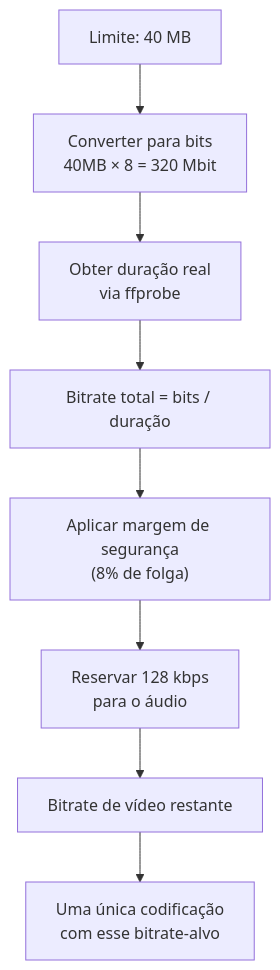
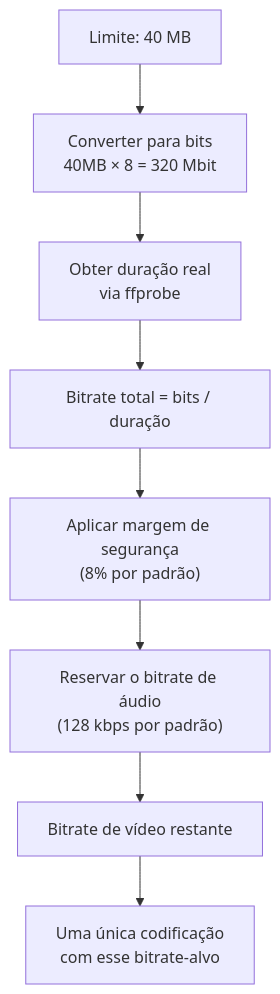
Before and after one commit to EduardoLopes085/ClipSqueeze: the second of 2 diagrams in README.md, drawn with Mermaid. The commit also changed other lines of this file and 1 other file, not shown here.

````diff
--- a/README.md
+++ b/README.md
@@ -173,10 +201,10 @@
 ```mermaid
 flowchart TD
     A["Limite: 40 MB"] --> B["Converter para bits<br/>40MB × 8 = 320 Mbit"]
     B --> C["Obter duração real<br/>via ffprobe"]
     C --> D["Bitrate total = bits / duração"]
-    D --> E["Aplicar margem de segurança<br/>(8% de folga)"]
-    E --> F["Reservar 128 kbps<br/>para o áudio"]
+    D --> E["Aplicar margem de segurança<br/>(8% por padrão)"]
+    E --> F["Reservar o bitrate de áudio<br/>(128 kbps por padrão)"]
     F --> G["Bitrate de vídeo restante"]
     G --> H["Uma única codificação<br/>com esse bitrate-alvo"]
 ```
````
